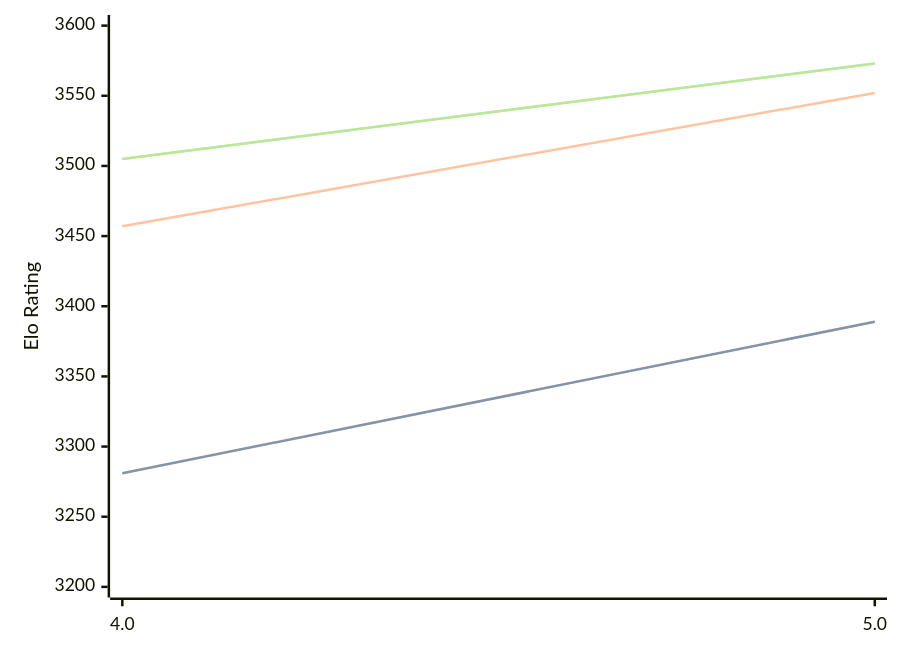
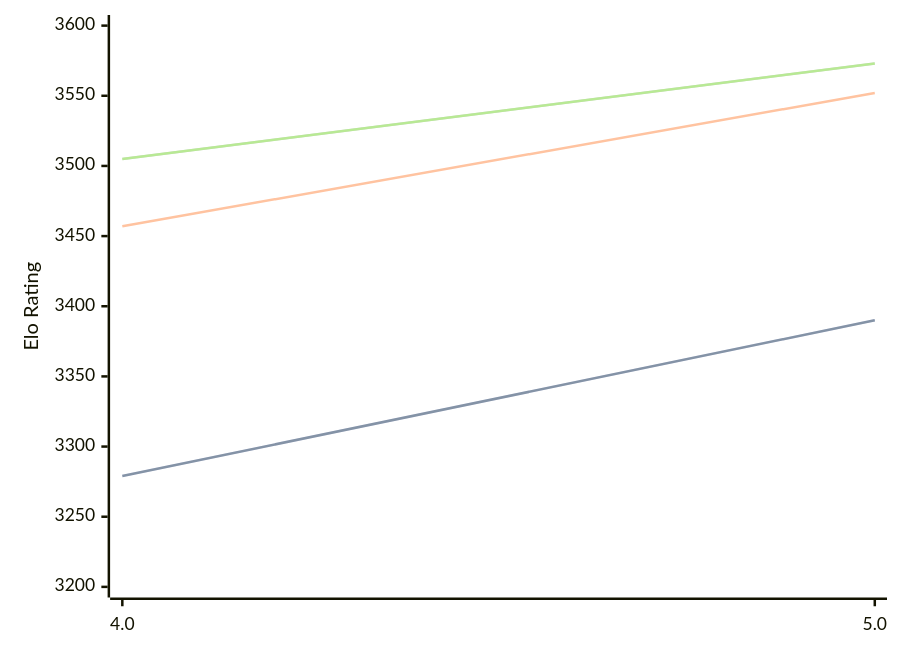
The diagram in engines/Tarnished.md (computer-chess-index/cci), drawn with Mermaid before and after one commit. The commit also changed other lines of this file, not shown here.

````diff
--- a/engines/Tarnished.md
+++ b/engines/Tarnished.md
@@ -36,11 +36,11 @@
 ```mermaid
 %%{init: {"theme":"base","themeVariables":{"seriesColors:['#a3a3a3','#222221','#faa371']}}}%%
 xychart-beta
   x-axis ["4.0", "5.0"]
   y-axis "Elo Rating" 3200 --> 3600
-  line "STC (8.0+0.08s)" [3281, 3389]
-  line "STC (8.0+0.08s)" [3281, 3389]
+  line "STC (8.0+0.08s)" [3279, 3390]
+  line "STC (8.0+0.08s)" [3279, 3390]
   line "LTC (60.0+0.60s)" [3457, 3552]
   line "VLTC (2m24s+1.12s)" [3505, 3573]
   line "VLTC (2m24s+1.12s)" [3505, 3573]
 ```
````
